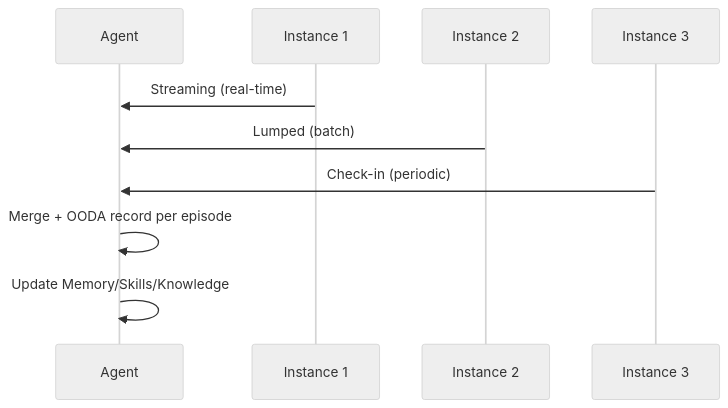
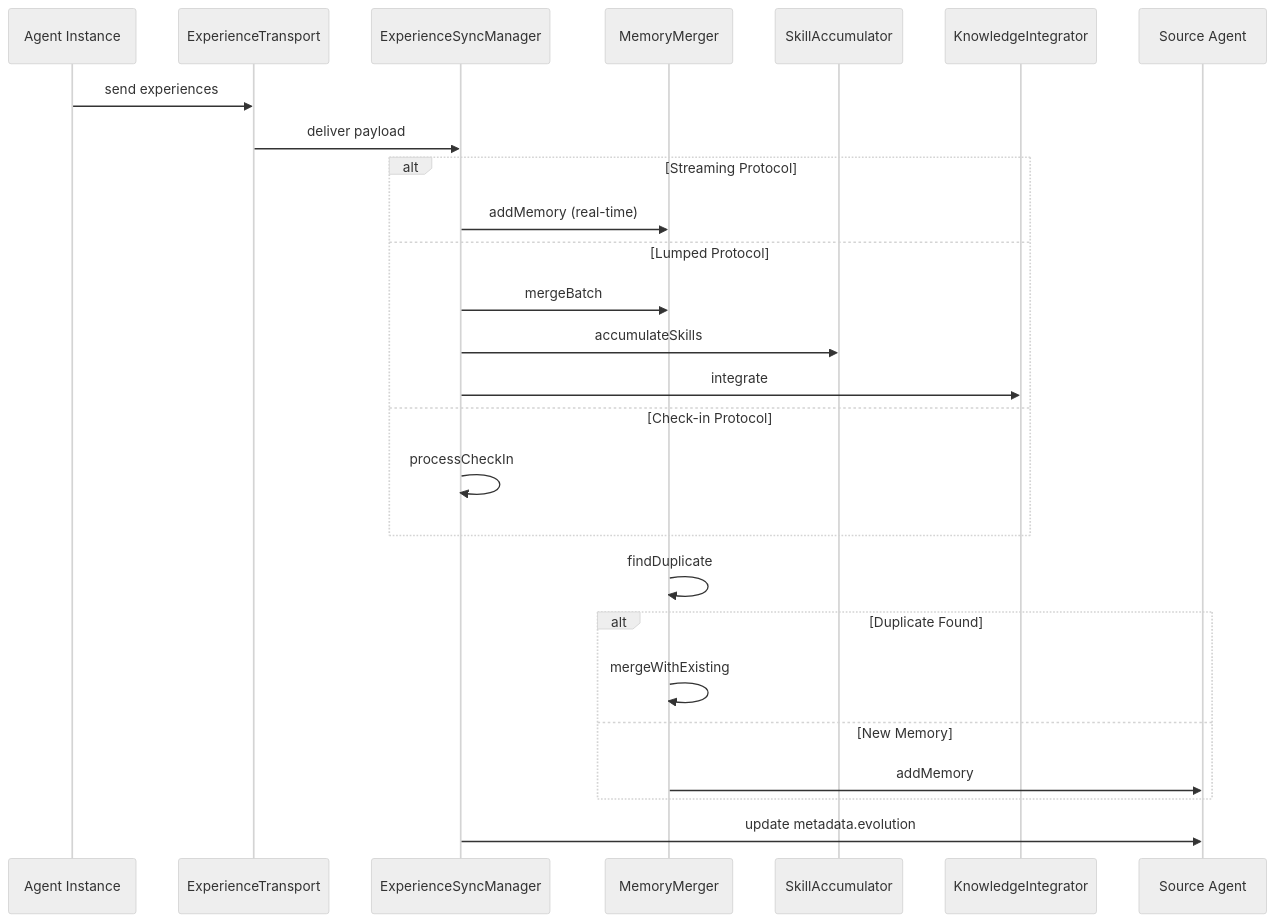
Before and after one commit to Replicant-Partners/Chrysalis: the fourth of 8 diagrams in ARCHITECTURE.md, drawn with Mermaid (neutral theme). The commit also changed other lines of this file and 177 other files, not shown here.

````diff
--- a/ARCHITECTURE.md
+++ b/ARCHITECTURE.md
@@ -169,13 +208,32 @@
 ```mermaid
 sequenceDiagram
-    participant S as Agent
-    participant I1 as Instance 1
-    participant I2 as Instance 2
-    participant I3 as Instance 3
-    
-    I1->>S: Streaming (real-time)
-    I2->>S: Lumped (batch)
-    I3->>S: Check-in (periodic)
-    S->>S: Merge + OODA record per episode
-    S->>S: Update Memory/Skills/Knowledge
+    participant Instance as Agent Instance
+    participant Transport as ExperienceTransport
+    participant ESM as ExperienceSyncManager
+    participant MM as MemoryMerger
+    participant SA as SkillAccumulator
+    participant KI as KnowledgeIntegrator
+    participant Source as Source Agent
+
+    Instance->>Transport: send experiences
+    Transport->>ESM: deliver payload
+
+    alt Streaming Protocol
+        ESM->>MM: addMemory (real-time)
+    else Lumped Protocol
+        ESM->>MM: mergeBatch
+        ESM->>SA: accumulateSkills
+        ESM->>KI: integrate
+    else Check-in Protocol
+        ESM->>ESM: processCheckIn
+    end
+
+    MM->>MM: findDuplicate
+    alt Duplicate Found
+        MM->>MM: mergeWithExisting
+    else New Memory
+        MM->>Source: addMemory
+    end
+
+    ESM->>Source: update metadata.evolution
 ```
````
